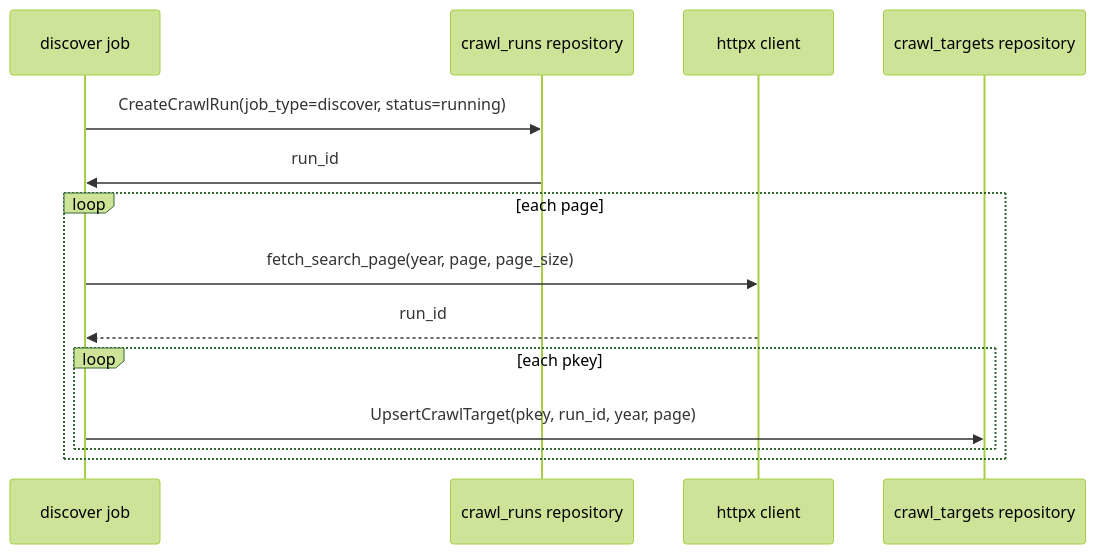
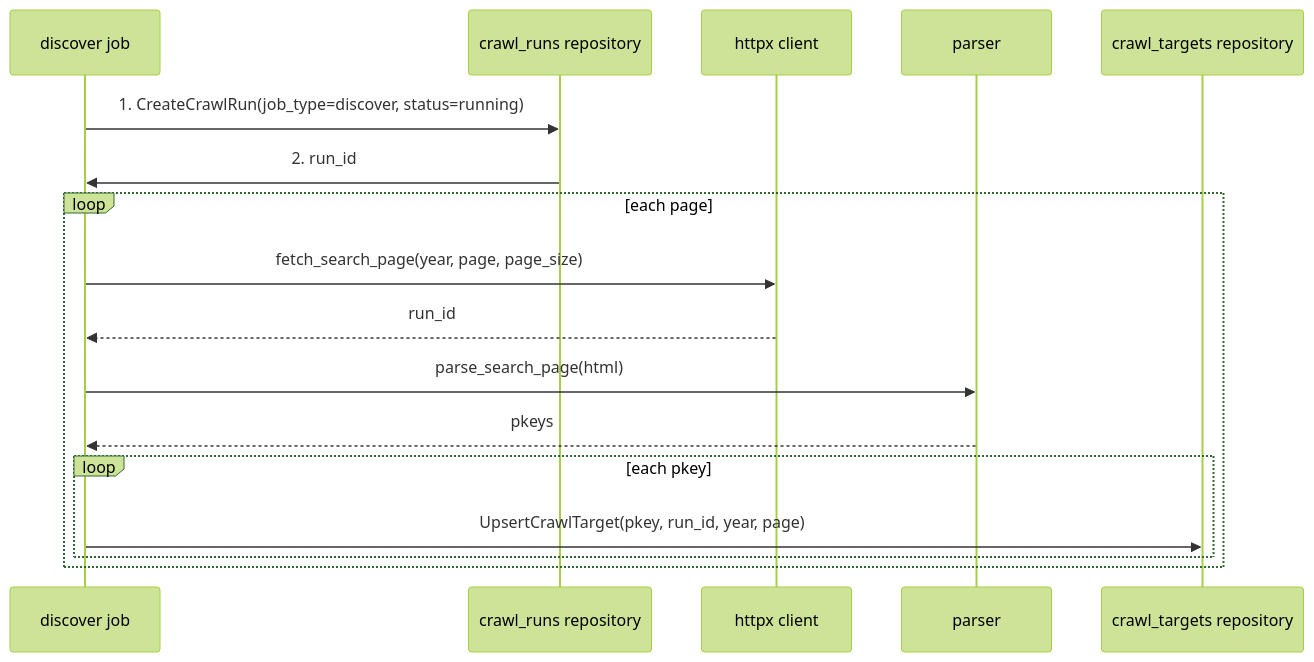
One commit to tsukuneA1/hoge changed the second of 3 diagrams in docs/design/2026-06-07-syllabus-crawler.md. Above: the diagram before and after it, drawn with Mermaid (forest theme).

Commit message:
fix(docs): add participant

````diff
--- a/docs/design/2026-06-07-syllabus-crawler.md
+++ b/docs/design/2026-06-07-syllabus-crawler.md
@@ -155,19 +155,23 @@
 ```mermaid
 sequenceDiagram
     participant Job as discover job
     participant Runs as crawl_runs repository
     participant HTTP as httpx client
+    participant Parser as parser
     participant Targets as crawl_targets repository
 
-    Job->>Runs: CreateCrawlRun(job_type=discover, status=running)
-    Runs->>Job: run_id
+    Job->>Runs: 1. CreateCrawlRun(job_type=discover, status=running)
+    Runs->>Job: 2. run_id
 
     loop each page
         Job->>HTTP: fetch_search_page(year, page, page_size)
         HTTP-->>Job: run_id
+
+        Job->>Parser: parse_search_page(html)
+        Parser-->>Job: pkeys
 
         loop each pkey
             Job->>Targets: UpsertCrawlTarget(pkey, run_id, year, page)
         end
     end
 ```
````
